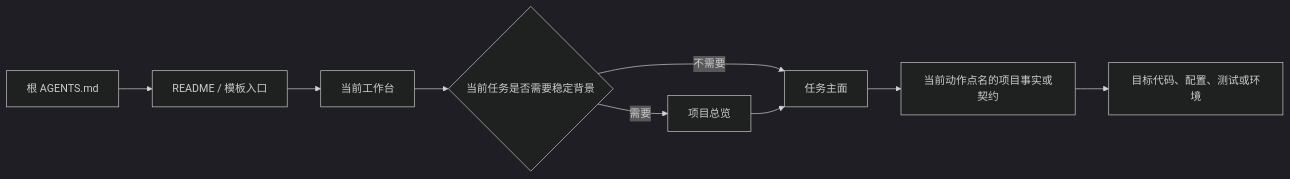
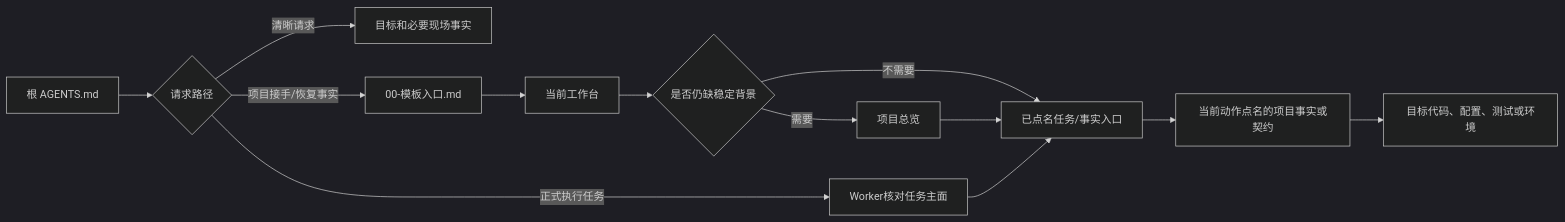
Before and after one commit to adubeyond/beyond-ai-collaboration: the third of 8 diagrams in docs/系统架构与运行机制.md, drawn with Mermaid (dark theme). The commit also changed other lines of this file and 60 other files, not shown here.

````diff
--- a/docs/系统架构与运行机制.md
+++ b/docs/系统架构与运行机制.md
@@ -146,11 +157,15 @@
 ```mermaid
 flowchart LR
-    A["根 AGENTS.md"] --> B["README / 模板入口"]
+    A["根 AGENTS.md"] --> R{"请求路径"}
+    R -->|"清晰请求"| Q["目标和必要现场事实"]
+    R -->|"正式执行任务"| T["Worker核对任务主面"]
+    R -->|"项目接手/恢复事实"| B["00-模板入口.md"]
     B --> C["当前工作台"]
-    C --> D{"当前任务是否需要稳定背景"}
+    C --> D{"是否仍缺稳定背景"}
     D -->|"需要"| E["项目总览"]
-    D -->|"不需要"| F["任务主面"]
+    D -->|"不需要"| F["已点名任务/事实入口"]
     E --> F
+    T --> F
     F --> G["当前动作点名的项目事实或契约"]
     G --> H["目标代码、配置、测试或环境"]
 ```
````
